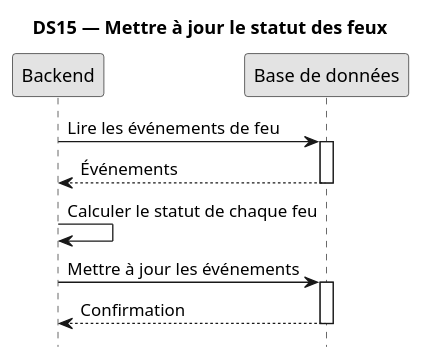
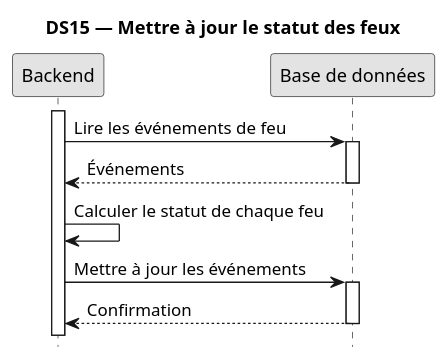
Before and after one commit to TkAbeleon/NoteAcemiqueProjetSoutenanceL3: the diagram in UML_JeryMotro/DS15_Mettre_a_jour_statut_feux.plantuml, drawn with PlantUML. The commit also changed 15 other files, not shown here.

```diff
--- a/UML_JeryMotro/DS15_Mettre_a_jour_statut_feux.plantuml
+++ b/UML_JeryMotro/DS15_Mettre_a_jour_statut_feux.plantuml
@@ -1,21 +1,22 @@
 @startuml
 skinparam monochrome true
 
 title DS15 — Mettre à jour le statut des feux
 hide footbox
 skinparam shadowing false
 
 participant "Backend" as B
 participant "Base de données" as DB
 
+activate B
 B -> DB : Lire les événements de feu
 activate DB
 DB --> B : Événements
 deactivate DB
 B -> B : Calculer le statut de chaque feu
 B -> DB : Mettre à jour les événements
 activate DB
 DB --> B : Confirmation
 deactivate DB
 
 @enduml
```
